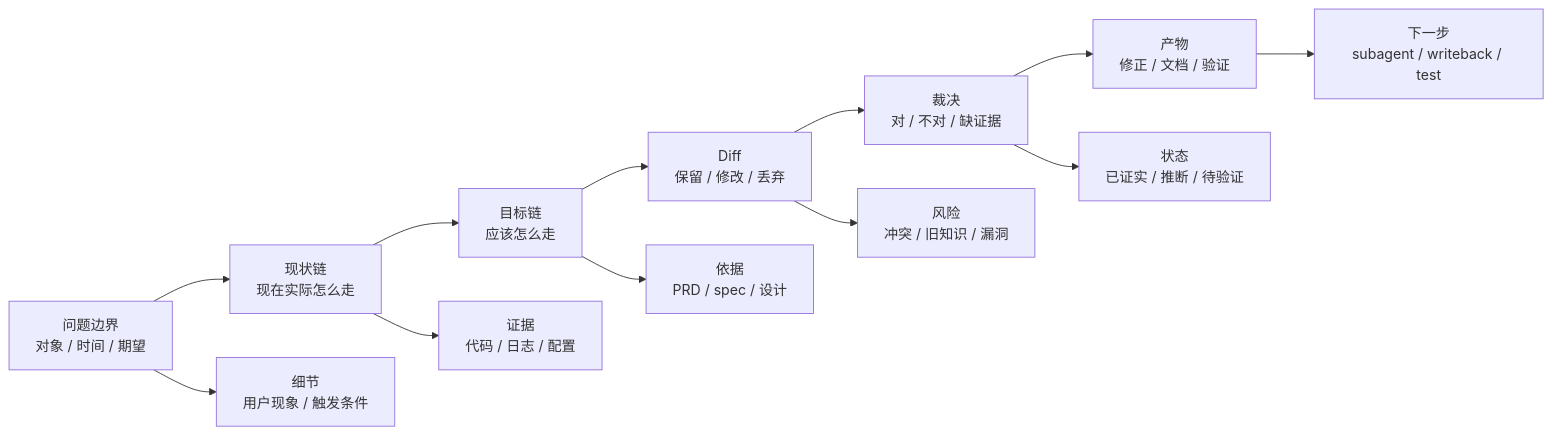
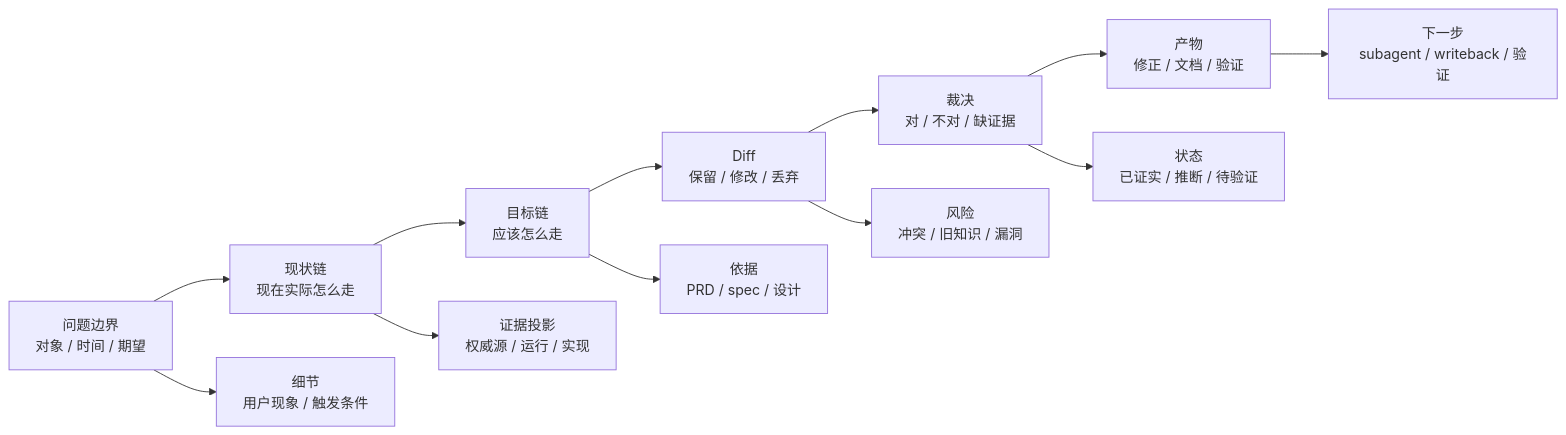
The second of 11 diagrams in problem-review-mapper/SKILL.md (nds15763/workskills), drawn with Mermaid before and after one commit. The commit also changed other lines of this file and 7 other files, not shown here.

````diff
--- a/problem-review-mapper/SKILL.md
+++ b/problem-review-mapper/SKILL.md
@@ -72,15 +74,15 @@
 ```mermaid
 flowchart LR
   A["问题边界<br/>对象 / 时间 / 期望"] --> B["现状链<br/>现在实际怎么走"]
   B --> C["目标链<br/>应该怎么走"]
   C --> D["Diff<br/>保留 / 修改 / 丢弃"]
   D --> E["裁决<br/>对 / 不对 / 缺证据"]
   E --> F["产物<br/>修正 / 文档 / 验证"]
 
   A --> A1["细节<br/>用户现象 / 触发条件"]
-  B --> B1["证据<br/>代码 / 日志 / 配置"]
+  B --> B1["证据投影<br/>权威源 / 运行 / 实现"]
   C --> C1["依据<br/>PRD / spec / 设计"]
   D --> D1["风险<br/>冲突 / 旧知识 / 漏洞"]
   E --> E1["状态<br/>已证实 / 推断 / 待验证"]
-  F --> F1["下一步<br/>subagent / writeback / test"]
+  F --> F1["下一步<br/>subagent / writeback / 验证"]
 ```
````
